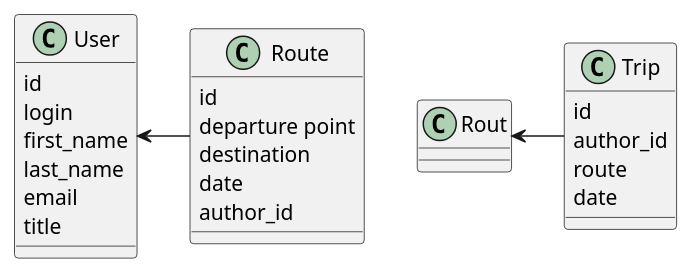
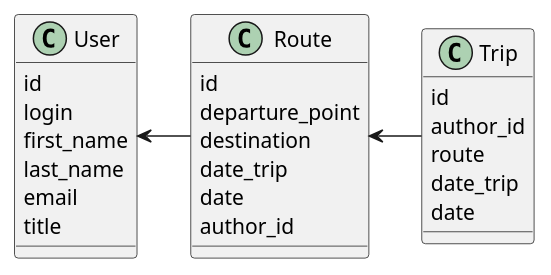
The second of 2 diagrams in components.md (KormazovaVer/Kyrs), drawn with PlantUML before and after one commit. The commit also changed other lines of this file and 1 other file, not shown here.

````diff
--- a/components.md
+++ b/components.md
@@ -84,30 +84,33 @@
-@startuml name_1
-
+```plantuml
+@startuml name1
 class Route {
   id
-  departure point
+  departure_point
   destination
+  date_trip
   date
   author_id
 }
 
 class User {
   id
   login
   first_name
   last_name
   email
   title
 }
 
 class Trip {
   id
   author_id
   route
+  date_trip
   date
 }
 
 User <- Route
-Rout <- Trip
+Route <- Trip
 
 @enduml
+```
````
